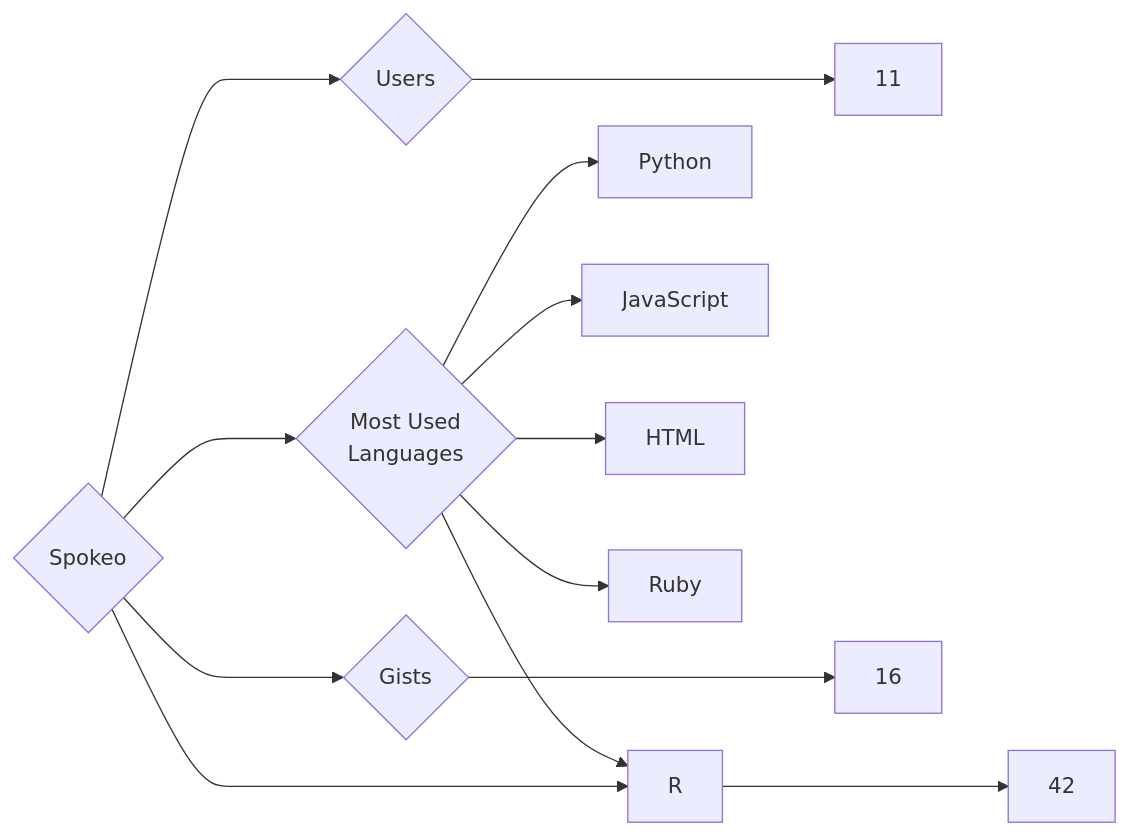
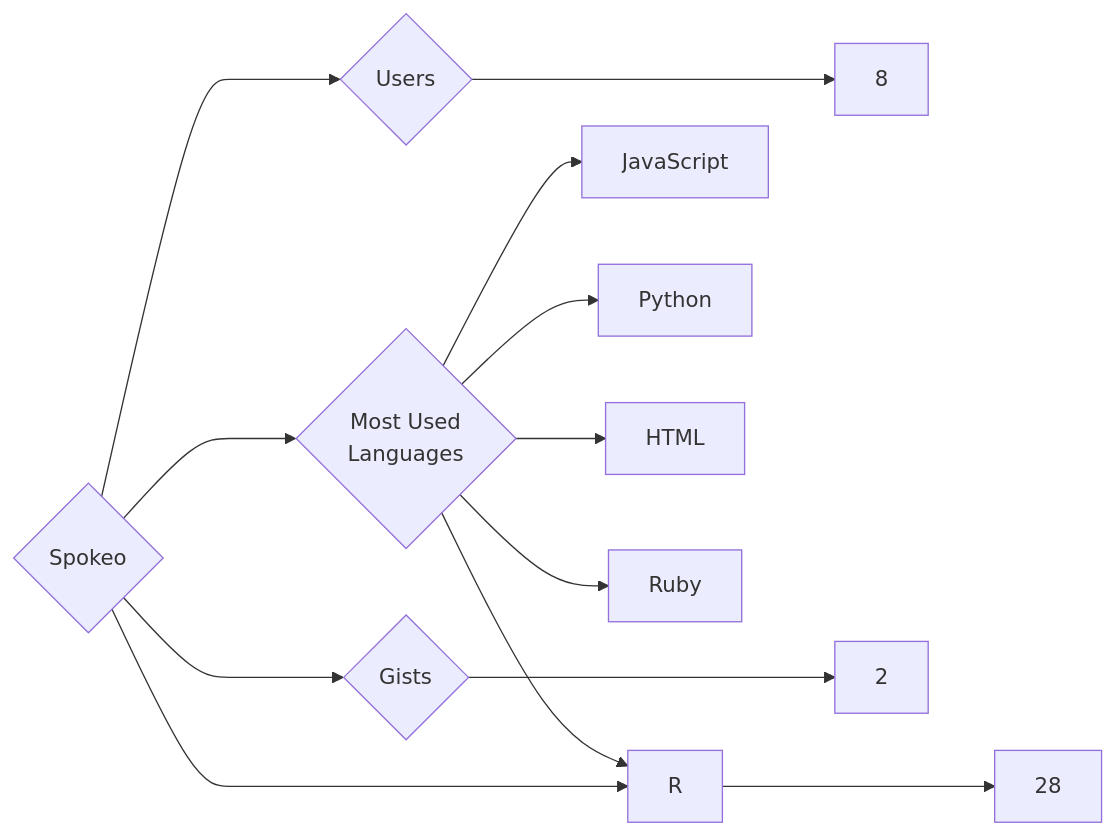
One commit to trickest/insiders changed the diagram in targets/Spokeo/README.md. Above: the diagram before and after it, drawn with Mermaid. The commit also changed 912 other files, not shown here.

````diff
--- a/targets/Spokeo/README.md
+++ b/targets/Spokeo/README.md
@@ -3,13 +3,13 @@
 ```mermaid
 graph LR
 COMPANY_NAME{Spokeo}
-COMPANY_NAME ---> U{Users} ---> UN[11]
-COMPANY_NAME ---> R{Repositories} ---> RN[42]
-COMPANY_NAME ---> G{Gists} ---> GN[16]
+COMPANY_NAME ---> U{Users} ---> UN[8]
+COMPANY_NAME ---> R{Repositories} ---> RN[28]
+COMPANY_NAME ---> G{Gists} ---> GN[2]
 COMPANY_NAME ---> ML{Most Used<br>Languages}
+ML --> JavaScript[JavaScript]
 ML --> Python[Python]
-ML --> JavaScript[JavaScript]
 ML --> HTML[HTML]
+ML --> R[R]
 ML --> Ruby[Ruby]
-ML --> R[R]
 ```
````
